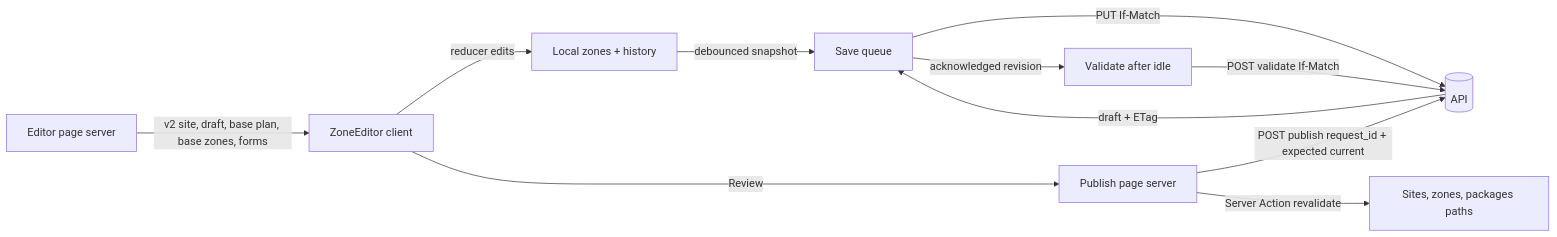
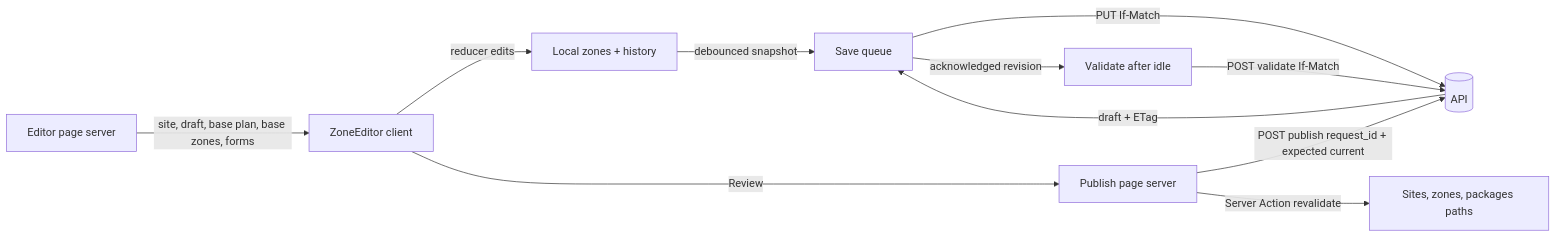
One commit to Audit-Tools-DECA-Lab-Cornell/deca-mark changed the diagram in web/ZONE-BOUNDARIES-UI.md. Above: the diagram before and after it, drawn with Mermaid. The commit also changed other lines of this file and 140 other files, not shown here.

````diff
--- a/web/ZONE-BOUNDARIES-UI.md
+++ b/web/ZONE-BOUNDARIES-UI.md
@@ -362,13 +361,13 @@
 ```mermaid
 flowchart LR
-  P[Editor page server] -->|v2 site, draft, base plan, base zones, forms| E[ZoneEditor client]
+  P[Editor page server] -->|site, draft, base plan, base zones, forms| E[ZoneEditor client]
   E -->|reducer edits| S[Local zones + history]
   S -->|debounced snapshot| Q[Save queue]
   Q -->|PUT If-Match| A[(API)]
   A -->|draft + ETag| Q
   Q -->|acknowledged revision| V[Validate after idle]
   V -->|POST validate If-Match| A
   E -->|Review| R[Publish page server]
   R -->|POST publish request_id + expected current| A
   R -->|Server Action revalidate| L[Sites, zones, packages paths]
 ```
````
